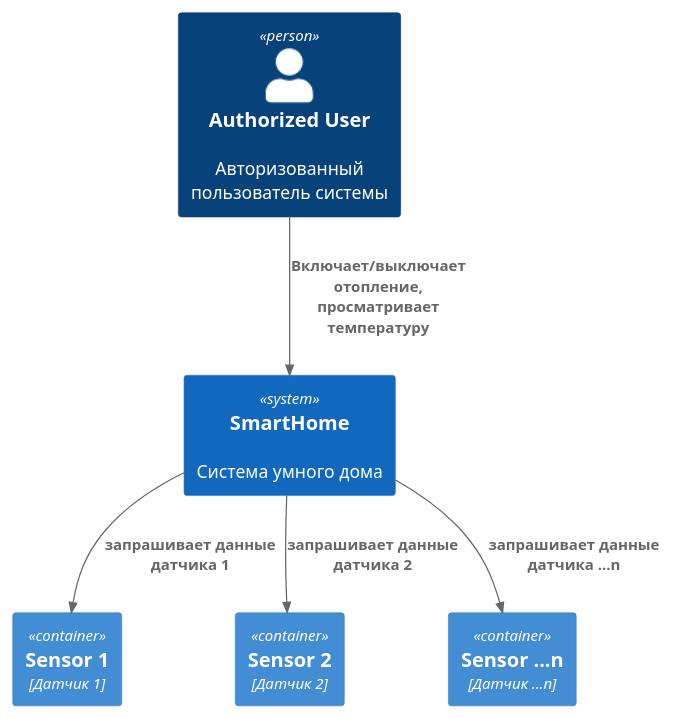
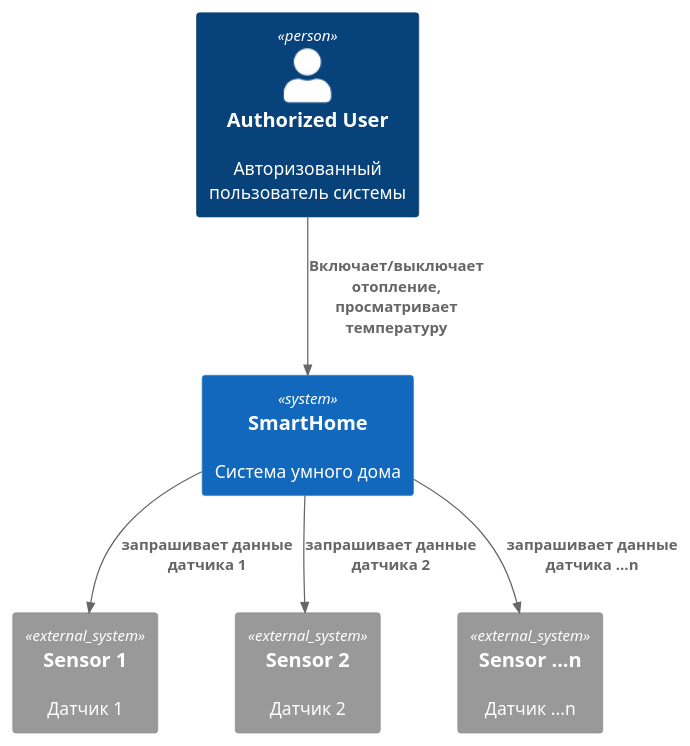
The diagram in schemas/src/monolith/context/monolith_context.puml (arefev/warmhouse), drawn with PlantUML before and after one commit. The commit also changed 1 other file, not shown here.

Commit message:
warmhouse: обновил диаграмму контекста

```diff
--- a/schemas/src/monolith/context/monolith_context.puml
+++ b/schemas/src/monolith/context/monolith_context.puml
@@ -1,15 +1,14 @@
 @startuml SmartHomeContext
 !include https://raw.githubusercontent.com/plantuml-stdlib/C4-PlantUML/master/C4_Context.puml
-!include https://raw.githubusercontent.com/plantuml-stdlib/C4-PlantUML/master/C4_Container.puml
 
 Person(authUser, "Authorized User", "Авторизованный пользователь системы")
 System(smartHome, "SmartHome", "Система умного дома")
-Container(sensor_1, "Sensor 1", "Датчик 1")
-Container(sensor_2, "Sensor 2", "Датчик 2")
-Container(sensor_n, "Sensor ...n", "Датчик ...n")
+System_Ext(sensor_1, "Sensor 1", "Датчик 1")
+System_Ext(sensor_2, "Sensor 2", "Датчик 2")
+System_Ext(sensor_n, "Sensor ...n", "Датчик ...n")
 
 Rel(authUser, smartHome, "Включает/выключает отопление, просматривает температуру")
 Rel(smartHome, sensor_1, "запрашивает данные датчика 1")
 Rel(smartHome, sensor_2, "запрашивает данные датчика 2")
 Rel(smartHome, sensor_n, "запрашивает данные датчика ...n")
 @enduml
```
